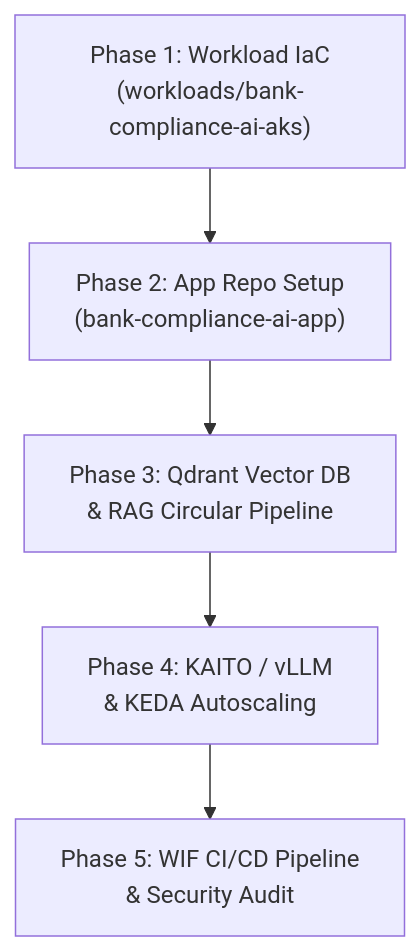
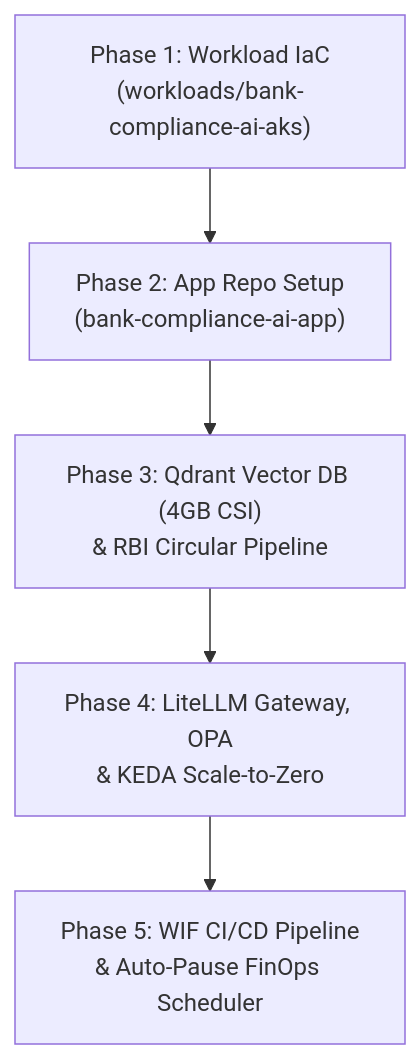
The diagram in docs/BANKING_COMPLIANCE_AI_PLAN.md (RepoCodeGanesh/terraform-azure-iac), drawn with Mermaid before and after one commit. The commit also changed other lines of this file, not shown here.

Commit message:
docs: add architecture and implementation plan for BankCompliance AI Copilot

````diff
--- a/docs/BANKING_COMPLIANCE_AI_PLAN.md
+++ b/docs/BANKING_COMPLIANCE_AI_PLAN.md
@@ -75,7 +101,7 @@
 ```mermaid
 graph TD
     Phase1["Phase 1: Workload IaC<br>(workloads/bank-compliance-ai-aks)"] --> Phase2["Phase 2: App Repo Setup<br>(bank-compliance-ai-app)"]
-    Phase2 --> Phase3["Phase 3: Qdrant Vector DB<br>& RAG Circular Pipeline"]
-    Phase3 --> Phase4["Phase 4: KAITO / vLLM<br>& KEDA Autoscaling"]
-    Phase4 --> Phase5["Phase 5: WIF CI/CD Pipeline<br>& Security Audit"]
+    Phase2 --> Phase3["Phase 3: Qdrant Vector DB (4GB CSI)<br>& RBI Circular Pipeline"]
+    Phase3 --> Phase4["Phase 4: LiteLLM Gateway, OPA<br>& KEDA Scale-to-Zero"]
+    Phase4 --> Phase5["Phase 5: WIF CI/CD Pipeline<br>& Auto-Pause FinOps Scheduler"]
 ```
````
